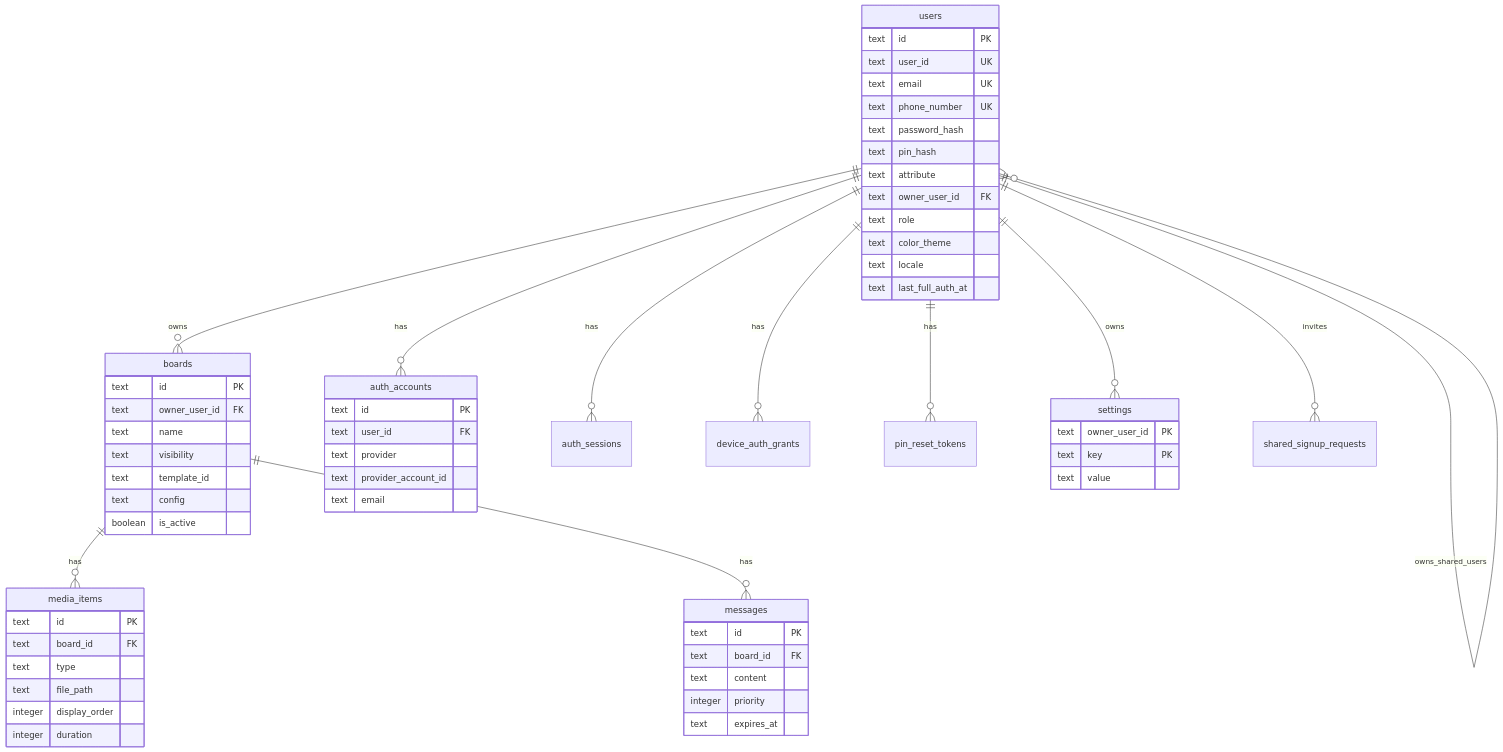
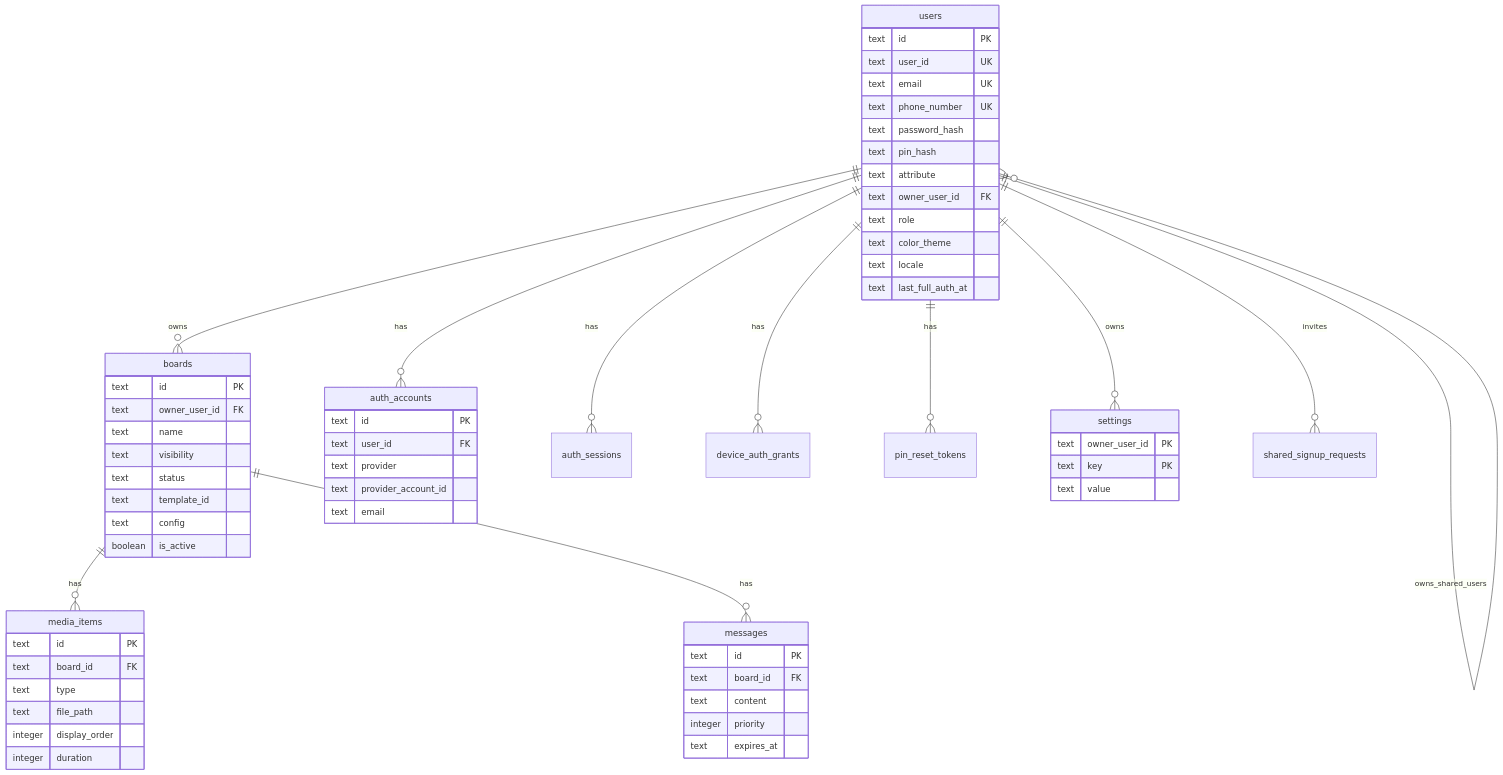
The second of 7 diagrams in docs/DESIGN.md (HiroshiARAKI/e-web-board), drawn with Mermaid before and after one commit. The commit also changed other lines of this file and 27 other files, not shown here.

````diff
--- a/docs/DESIGN.md
+++ b/docs/DESIGN.md
@@ -110,69 +110,70 @@
 ```mermaid
 erDiagram
   users ||--o{ boards : owns
   users ||--o{ users : owns_shared_users
   users ||--o{ auth_accounts : has
   users ||--o{ auth_sessions : has
   users ||--o{ device_auth_grants : has
   users ||--o{ pin_reset_tokens : has
   users ||--o{ settings : owns
   users ||--o{ shared_signup_requests : invites
   boards ||--o{ media_items : has
   boards ||--o{ messages : has
 
   users {
     text id PK
     text user_id UK
     text email UK
     text phone_number UK
     text password_hash
     text pin_hash
     text attribute
     text owner_user_id FK
     text role
     text color_theme
     text locale
     text last_full_auth_at
   }
 
   auth_accounts {
     text id PK
     text user_id FK
     text provider
     text provider_account_id
     text email
   }
 
   boards {
     text id PK
     text owner_user_id FK
     text name
     text visibility
+    text status
     text template_id
     text config
     boolean is_active
   }
 
   media_items {
     text id PK
     text board_id FK
     text type
     text file_path
     integer display_order
     integer duration
   }
 
   messages {
     text id PK
     text board_id FK
     text content
     integer priority
     text expires_at
   }
 
   settings {
     text owner_user_id PK
     text key PK
     text value
   }
 ```
````
